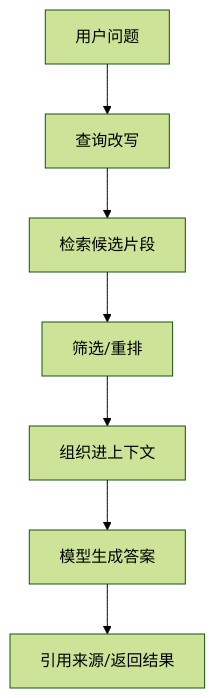
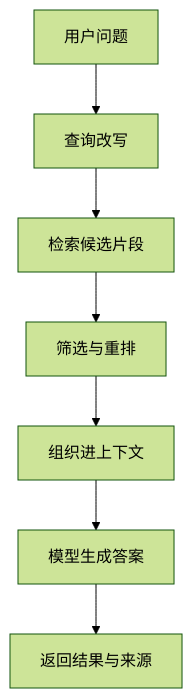
One commit to xiaoqianbaobao/ai-guide changed the first of 3 diagrams in docs/03-memory/rag-fundamentals.md. Above: the diagram before and after it, drawn with Mermaid (forest theme). The commit also changed other lines of this file and 14 other files, not shown here.

Commit message:
修复前端mermaid语法错误问题

````diff
--- a/docs/03-memory/rag-fundamentals.md
+++ b/docs/03-memory/rag-fundamentals.md
@@ -58,9 +58,9 @@
 ```mermaid
 flowchart TD
     A[用户问题] --> B[查询改写]
     B --> C[检索候选片段]
-    C --> D[筛选/重排]
+    C --> D[筛选与重排]
     D --> E[组织进上下文]
     E --> F[模型生成答案]
-    F --> G[引用来源/返回结果]
+    F --> G[返回结果与来源]
 ```
````
